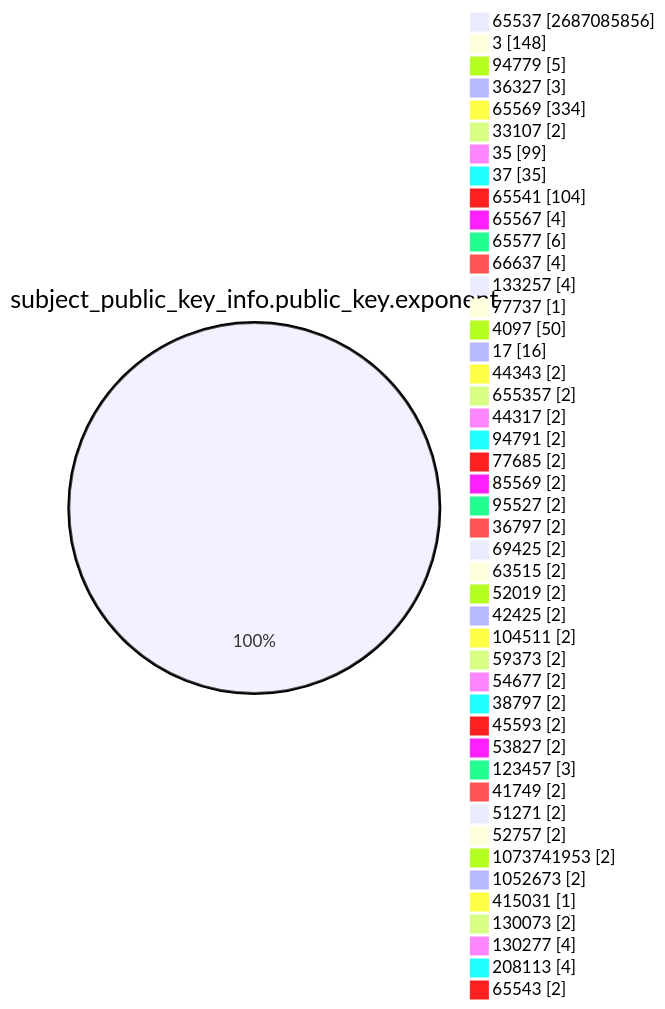
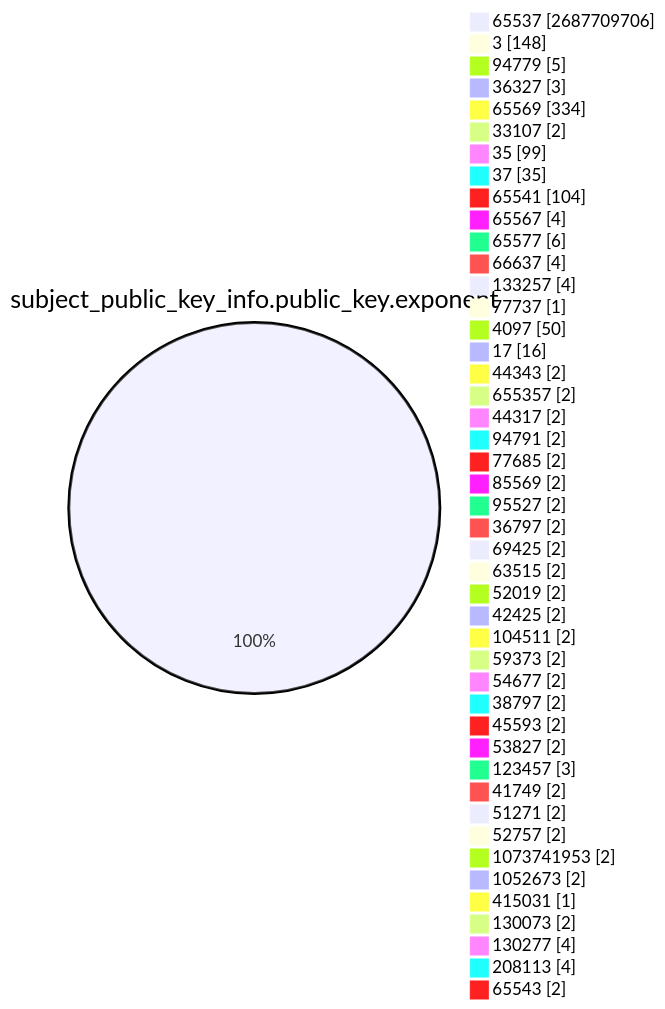
The fourth of 15 diagrams in TOTAL/README.md (christiankrug/ctmonitor_visualization), drawn with Mermaid before and after one commit. The commit also changed other lines of this file, not shown here.

````diff
--- a/TOTAL/README.md
+++ b/TOTAL/README.md
@@ -1466,49 +1466,49 @@
 ```mermaid
 pie showData
 title subject_public_key_info.public_key.exponent
-"65537" :2687085856
+"65537" :2687709706
 "3" :148
 "94779" :5
 "36327" :3
 "65569" :334
 "33107" :2
 "35" :99
 "37" :35
 "65541" :104
 "65567" :4
 "65577" :6
 "66637" :4
 "133257" :4
 "77737" :1
 "4097" :50
 "17" :16
 "44343" :2
 "655357" :2
 "44317" :2
 "94791" :2
 "77685" :2
 "85569" :2
 "95527" :2
 "36797" :2
 "69425" :2
 "63515" :2
 "52019" :2
 "42425" :2
 "104511" :2
 "59373" :2
 "54677" :2
 "38797" :2
 "45593" :2
 "53827" :2
 "123457" :3
 "41749" :2
 "51271" :2
 "52757" :2
 "1073741953" :2
 "1052673" :2
 "415031" :1
 "130073" :2
 "130277" :4
 "208113" :4
 "65543" :2
 ```
````
